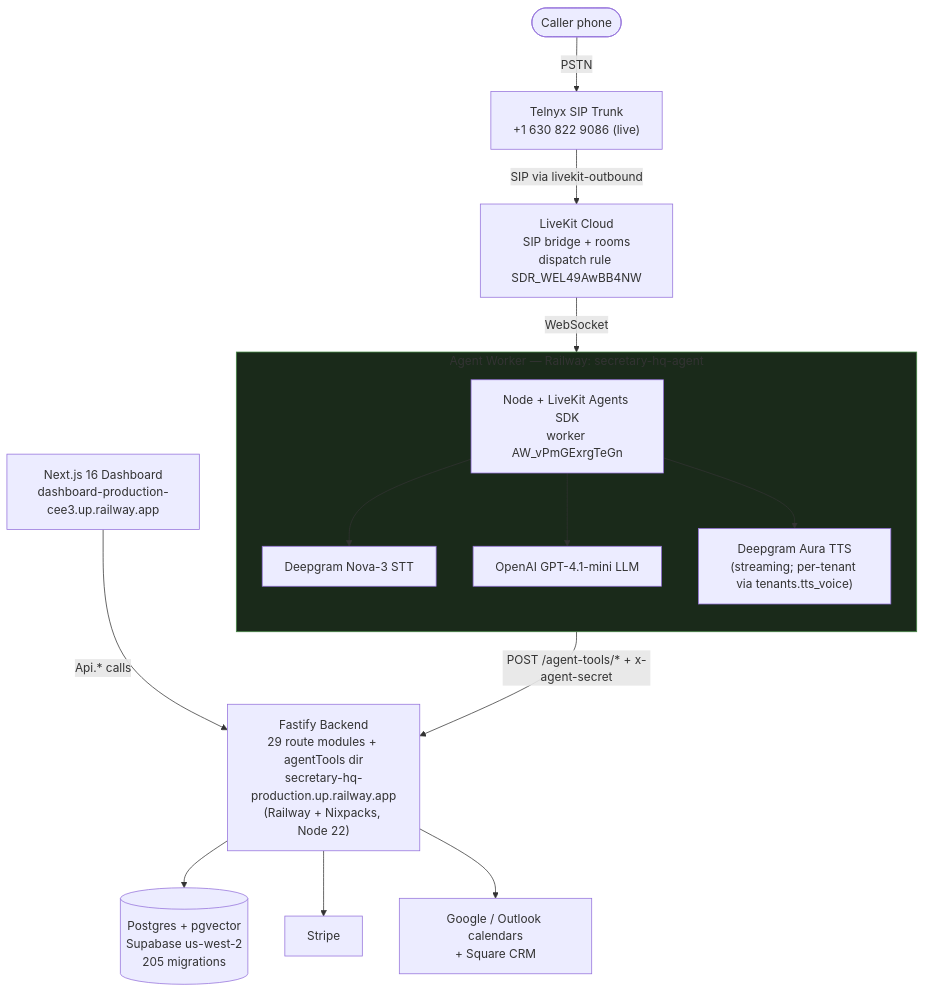
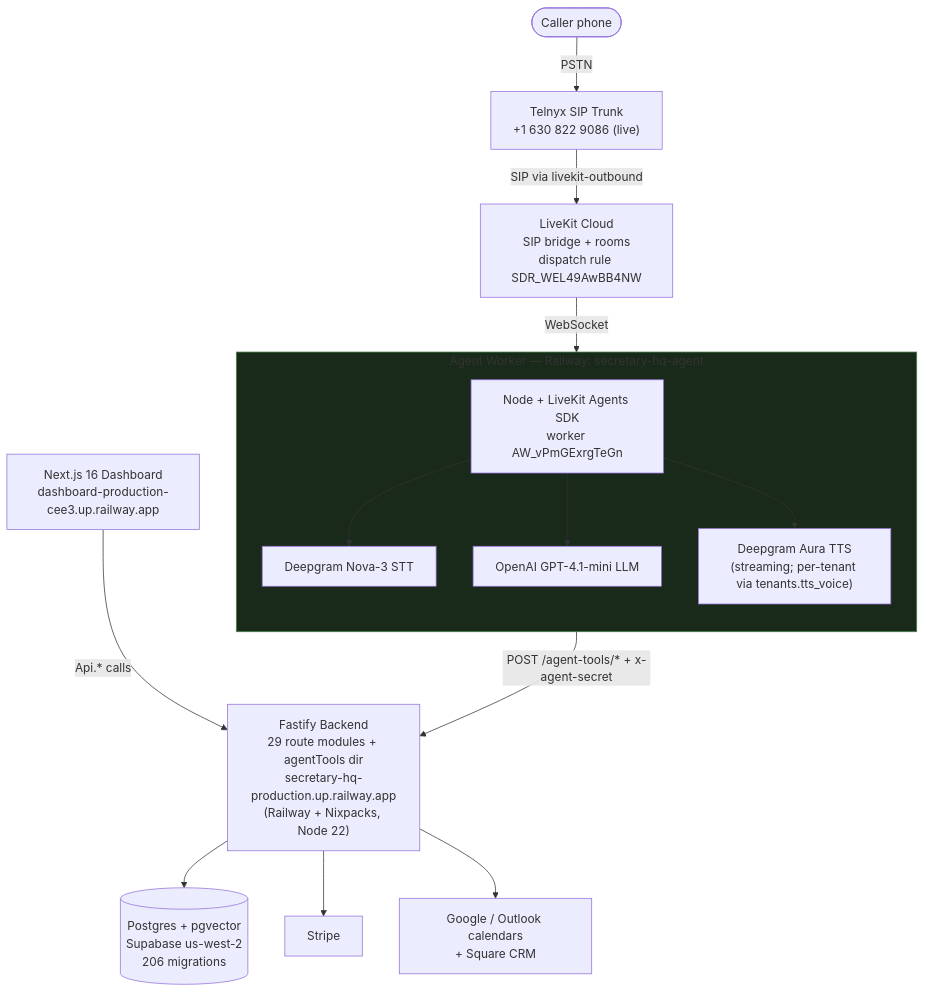
Before and after one commit to ddemott/secretary-hq: the first of 12 diagrams in docs/design/DIAGRAMS.md, drawn with Mermaid. The commit also changed 13 other files, not shown here.

````diff
--- a/docs/design/DIAGRAMS.md
+++ b/docs/design/DIAGRAMS.md
@@ -28,37 +28,37 @@
 ```mermaid
 flowchart TB
   Caller([Caller phone])
   Telnyx["Telnyx SIP Trunk<br/>+1 630 822 9086 (live)"]
   Caller -->|PSTN| Telnyx
 
   LiveKit["LiveKit Cloud<br/>SIP bridge + rooms<br/>dispatch rule SDR_WEL49AwBB4NW"]
   Telnyx -->|SIP via livekit-outbound| LiveKit
 
   subgraph agentBox["Agent Worker — Railway: secretary-hq-agent"]
     direction TB
     Agent["Node + LiveKit Agents SDK<br/>worker AW_vPmGExrgTeGn"]
     DG["Deepgram Nova-3 STT"]
     OAI["OpenAI GPT-4.1-mini LLM"]
     TTS["Deepgram Aura TTS<br/>(streaming; per-tenant via tenants.tts_voice)"]
     Agent --> DG
     Agent --> OAI
     Agent --> TTS
   end
 
   LiveKit -->|WebSocket| Agent
 
   Fastify["Fastify Backend<br/>29 route modules + agentTools dir<br/>secretary-hq-production.up.railway.app<br/>(Railway + Nixpacks, Node 22)"]
   Agent -->|POST /agent-tools/* + x-agent-secret| Fastify
 
-  Postgres[("Postgres + pgvector<br/>Supabase us-west-2<br/>205 migrations")]
+  Postgres[("Postgres + pgvector<br/>Supabase us-west-2<br/>206 migrations")]
   Stripe["Stripe"]
   Integrations["Google / Outlook calendars<br/>+ Square CRM"]
   Dashboard["Next.js 16 Dashboard<br/>dashboard-production-cee3.up.railway.app"]
 
   Fastify --> Postgres
   Fastify --> Stripe
   Fastify --> Integrations
   Dashboard -->|Api.* calls| Fastify
 
   style agentBox fill:#1a2a1a,stroke:#484
 ```
````
